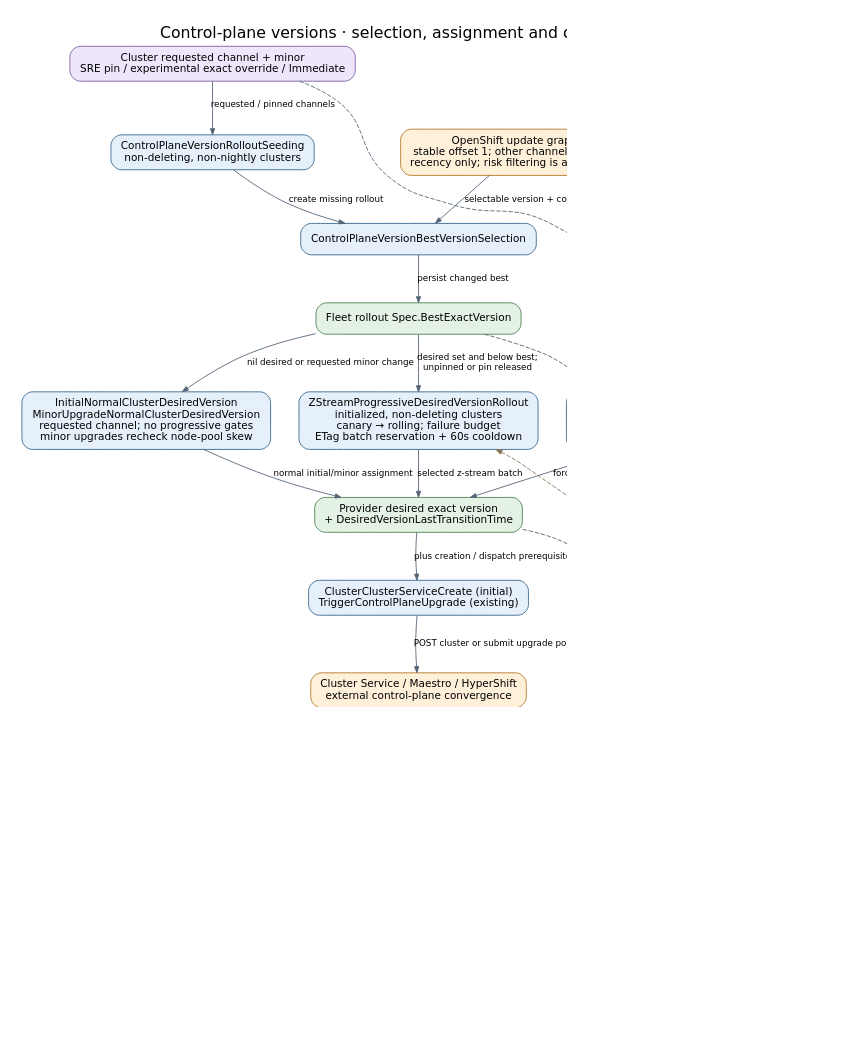
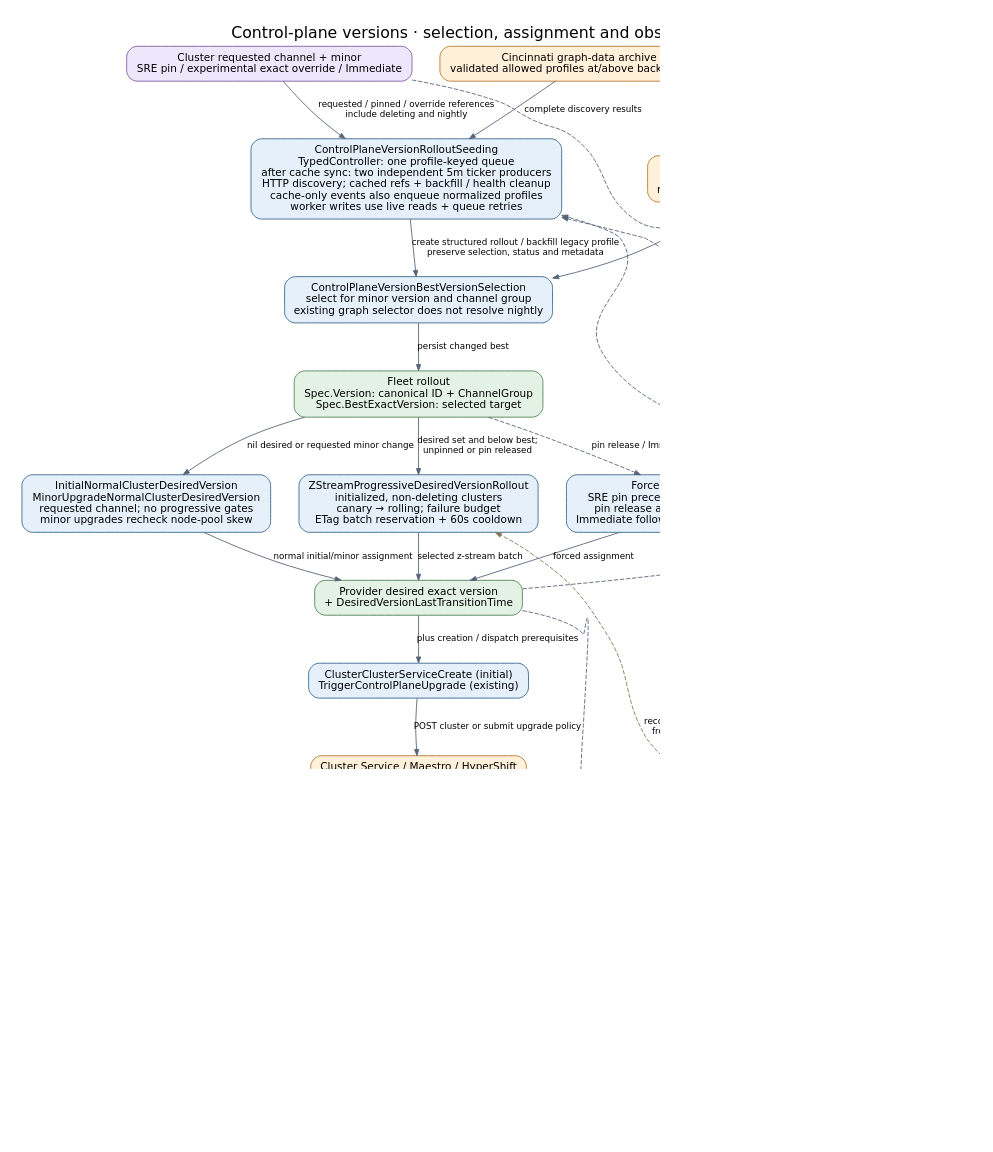
Before and after one commit to Azure/ARO-HCP: the diagram in docs/diagrams/controller-flows/control-plane-version-rollout.dot, drawn with Graphviz. The commit also changed 29 other files, not shown here.

Commit message:
feat: seed structured version rollouts prospectively

```diff
--- a/docs/diagrams/controller-flows/control-plane-version-rollout.dot
+++ b/docs/diagrams/controller-flows/control-plane-version-rollout.dot
@@ -1,39 +1,43 @@
 digraph control_plane_version_rollout {
   graph [rankdir=TB, bgcolor="white", pad="0.3", nodesep="0.45", ranksep="0.6", fontname="DejaVu Sans", fontsize=18, labelloc=t, label="Control-plane versions · selection, assignment and observed progress", dpi=110];
   node [shape=box, style="rounded,filled", fillcolor="#e6f0fa", color="#35648a", fontname="DejaVu Sans", fontsize=12, margin="0.16,0.10"];
   edge [color="#536577", fontname="DejaVu Sans", fontsize=10, arrowsize=0.7];
   request [label="Cluster requested channel + minor\nSRE pin / experimental exact override / Immediate", fillcolor="#eee7fb", color="#7b59a4"];
-  seed [label="ControlPlaneVersionRolloutSeeding\nnon-deleting, non-nightly clusters"];
-  best [label="ControlPlaneVersionBestVersionSelection"];
+  discovery [label="Cincinnati graph-data archive\nvalidated allowed profiles at/above backend floor", fillcolor="#fff0da", color="#b27624"];
+  seed [label="ControlPlaneVersionRolloutSeeding\nTypedController: one profile-keyed queue\nafter cache sync: two independent 5m ticker producers\nHTTP discovery; cached refs + backfill / health cleanup\ncache-only events also enqueue normalized profiles\nworker writes use live reads + queue retries"];
+  best [label="ControlPlaneVersionBestVersionSelection\nselect for minor version and channel group\nexisting graph selector does not resolve nightly"];
   updategraph [label="OpenShift update graph\nstable offset 1; other channels offset 0\nrecency only; risk filtering is a follow-up", fillcolor="#fff0da", color="#b27624"];
-  target [label="Fleet rollout Spec.BestExactVersion", fillcolor="#e4f2e5", color="#4c8053"];
+  target [label="Fleet rollout\nSpec.Version: canonical ID + ChannelGroup\nSpec.BestExactVersion: selected target", fillcolor="#e4f2e5", color="#4c8053"];
   initial [label="InitialNormalClusterDesiredVersion\nMinorUpgradeNormalClusterDesiredVersion\nrequested channel; no progressive gates\nminor upgrades recheck node-pool skew"];
   normal [label="ZStreamProgressiveDesiredVersionRollout\ninitialized, non-deleting clusters\ncanary → rolling; failure budget\nETag batch reservation + 60s cooldown"];
   forced [label="ForcedClusterDesiredVersion\nSRE pin precedes experimental exact version\npin release at UntilExactVersion; otherwise\nImmediate follows best without progressive gates"];
   desired [label="Provider desired exact version\n+ DesiredVersionLastTransitionTime", fillcolor="#e4f2e5", color="#4c8053"];
   dispatch [label="ClusterClusterServiceCreate (initial)\nTriggerControlPlaneUpgrade (existing)"];
   external [label="Cluster Service / Maestro / HyperShift\nexternal control-plane convergence", fillcolor="#fff0da", color="#b27624"];
   observe [label="ReadDesireKubernetesController\n→ ControlPlaneActiveVersions"];
   history [label="Provider active versions + transition times\nCompleted entry confirms achieved version", fillcolor="#e4f2e5", color="#4c8053"];
-  status [label="ControlPlaneVersionStatusCollector\nexclude missing / deleting clusters\naggregate counts; no assignments"];
+  status [label="ControlPlaneVersionStatusCollector\nprofile-based membership and status fanout\nexclude missing / deleting clusters\naggregate counts; no assignments"];
   counts [label="Fleet status: desired / mismatched / failed\nachieved / successful\nsuccess age > 1h; mismatch timeout > 2h default", fillcolor="#e4f2e5", color="#4c8053"];
-  request -> seed [label="requested / pinned channels"];
-  seed -> best [label="create missing rollout"];
+  discovery -> seed [label="complete discovery results"];
+  request -> seed [label="requested / pinned / override references\ninclude deleting and nightly"];
+  desired -> seed [label="desired references", style=dashed, constraint=false];
+  history -> seed [label="active references", style=dashed, constraint=false];
+  seed -> best [label="create structured rollout / backfill legacy profile\npreserve selection, status and metadata"];
   updategraph -> best [label="selectable version + configured floor"];
   best -> target [label="persist changed best"];
   target -> initial [label="nil desired or requested minor change"];
   target -> normal [label="desired set and below best;\nunpinned or pin released"];
   target -> forced [label="pin release / Immediate", style=dashed];
   request -> forced [label="optional override / Immediate", style=dashed, constraint=false];
   initial -> desired [label="normal initial/minor assignment"];
   normal -> desired [label="selected z-stream batch"];
   forced -> desired [label="forced assignment"];
   desired -> dispatch [label="plus creation / dispatch prerequisites"];
   dispatch -> external [label="POST cluster or submit upgrade policy"];
   external -> observe [label="mirrored HostedCluster history"];
   observe -> history [label="record observed state"];
   history -> status [label="completed version + age"];
   desired -> status [label="membership + target + age", style=dashed, constraint=false];
   status -> counts [label="persist only changed aggregates"];
   history -> normal [label="recompute decision counts\nfrom provider snapshot", style=dashed, color="#857456", constraint=false];
 }
```
